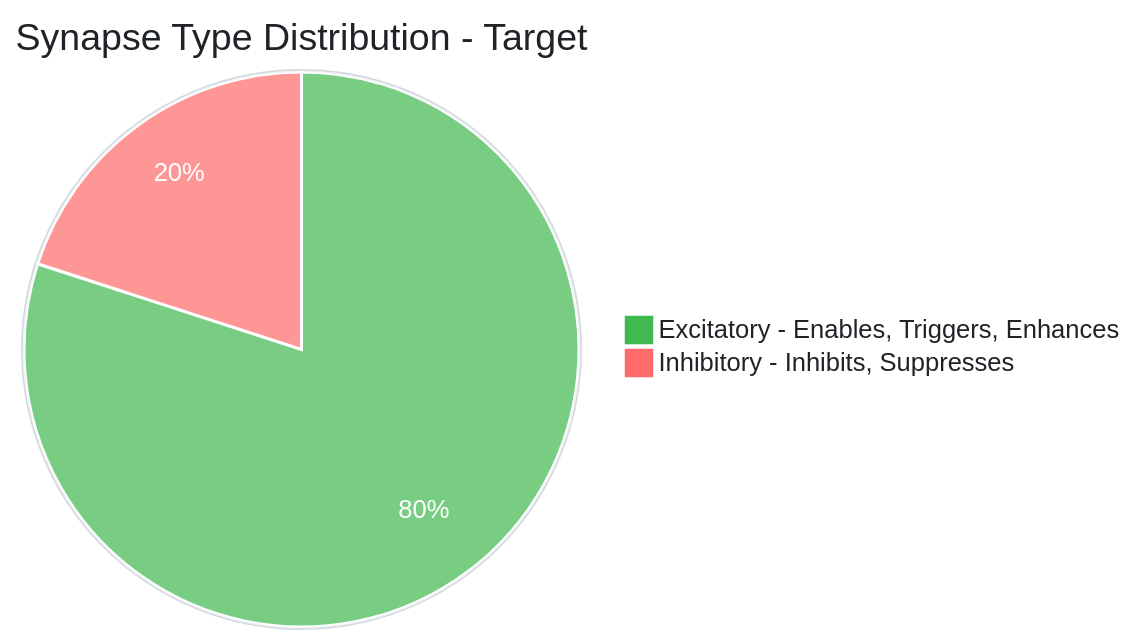
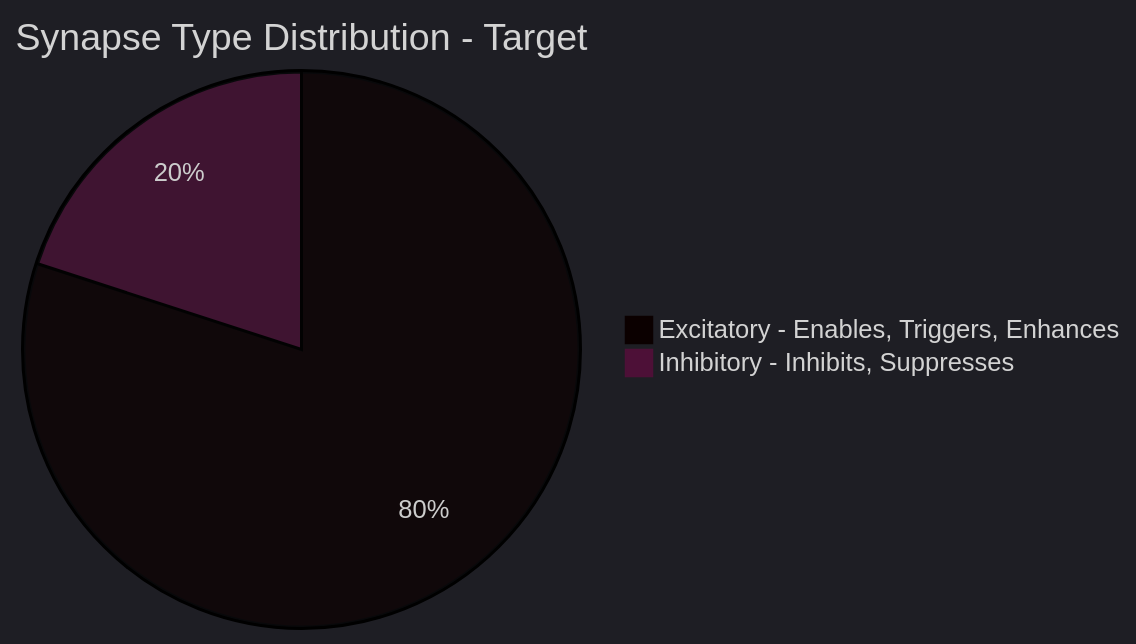
Before and after one commit to fabioc-aloha/Alex_Plug_In: the third of 3 diagrams in alex_docs/architecture/NEUROANATOMICAL-MAPPING.md, drawn with Mermaid. The commit also changed other lines of this file and 13 other files, not shown here.

Commit message:
brand(M4.8-4.10): mermaid theme snippet + inject CorreaX theme into arch diagrams + standardize badge colors

````diff
--- a/alex_docs/architecture/NEUROANATOMICAL-MAPPING.md
+++ b/alex_docs/architecture/NEUROANATOMICAL-MAPPING.md
@@ -551,6 +551,6 @@
 ```mermaid
-%%{init: {'theme': 'base', 'themeVariables': { 'primaryColor': '#f6f8fa', 'primaryTextColor': '#1f2328', 'primaryBorderColor': '#d1d9e0', 'lineColor': '#656d76', 'background': '#ffffff', 'mainBkg': '#f6f8fa', 'titleColor': '#1f2328', 'pie1': '#3fb950', 'pie2': '#ff6b6b', 'pieTitleTextColor': '#1f2328', 'pieSectionTextColor': '#ffffff', 'pieLegendTextColor': '#1f2328', 'pieStrokeColor': '#ffffff', 'pieOuterStrokeColor': '#d1d9e0'}}}%%
+%%{init: {'theme': 'dark', 'themeVariables': {'background': '#0f172a', 'primaryColor': '#1e293b', 'primaryTextColor': '#f1f5f9', 'primaryBorderColor': '#818cf8', 'lineColor': '#475569', 'secondaryColor': '#1e293b', 'secondaryBorderColor': '#2dd4bf', 'tertiaryColor': '#1e293b', 'fontFamily': 'Segoe UI, system-ui, sans-serif'}}}%%
 pie title Synapse Type Distribution - Target
     "Excitatory - Enables, Triggers, Enhances" : 80
     "Inhibitory - Inhibits, Suppresses" : 20
 ```
````
